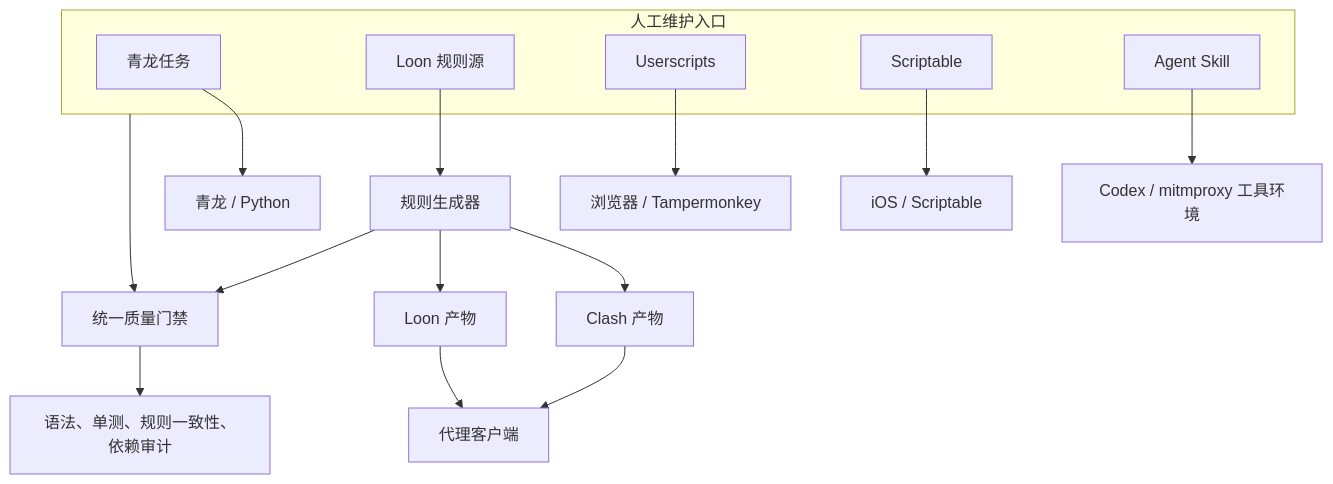
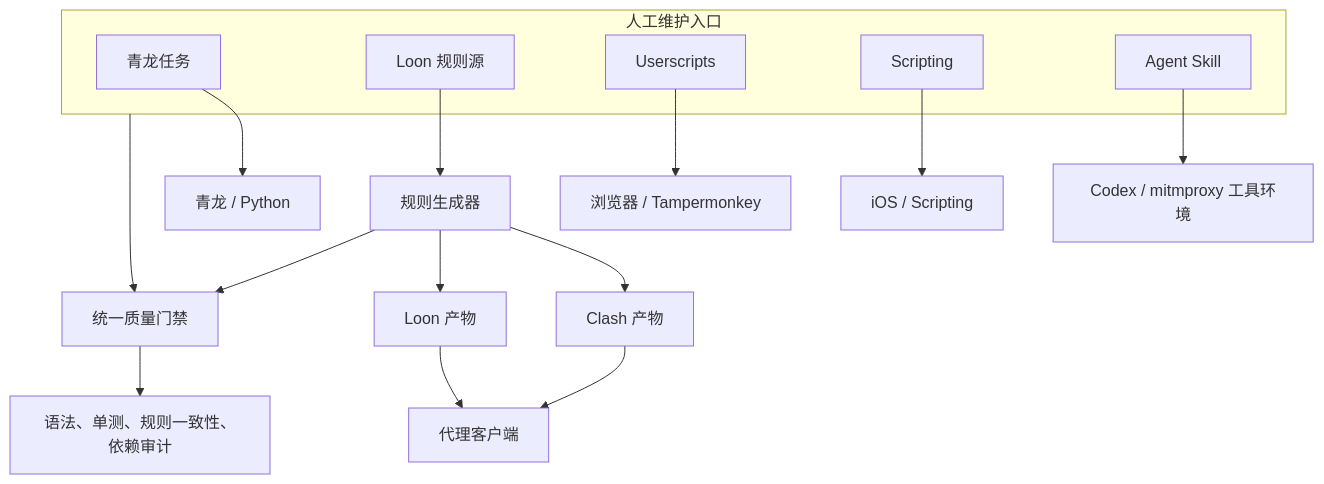
Before and after one commit to xp9477/xp-toolkit: the first of 2 diagrams in docs/architecture.md, drawn with Mermaid. The commit also changed other lines of this file and 15 other files, not shown here.

Commit message:
feat(scripting): migrate AI Quota widget from Scriptable to Scripting TSX

````diff
--- a/docs/architecture.md
+++ b/docs/architecture.md
@@ -10,25 +10,25 @@
 ```mermaid
 flowchart TB
   subgraph Inputs[人工维护入口]
     QL[青龙任务]
     UL[Loon 规则源]
     US[Userscripts]
-    SC[Scriptable]
+    SC[Scripting]
     SK[Agent Skill]
   end
 
   UL --> GEN[规则生成器]
   GEN --> CL[Clash 产物]
   GEN --> LO[Loon 产物]
 
   QL --> QLR[青龙 / Python]
   US --> BR[浏览器 / Tampermonkey]
-  SC --> IOS[iOS / Scriptable]
+  SC --> IOS[iOS / Scripting]
   SK --> AG[Codex / mitmproxy 工具环境]
   CL --> PC[代理客户端]
   LO --> PC
 
   Inputs --> CI[统一质量门禁]
   GEN --> CI
   CI --> TESTS[语法、单测、规则一致性、依赖审计]
 ```
````
